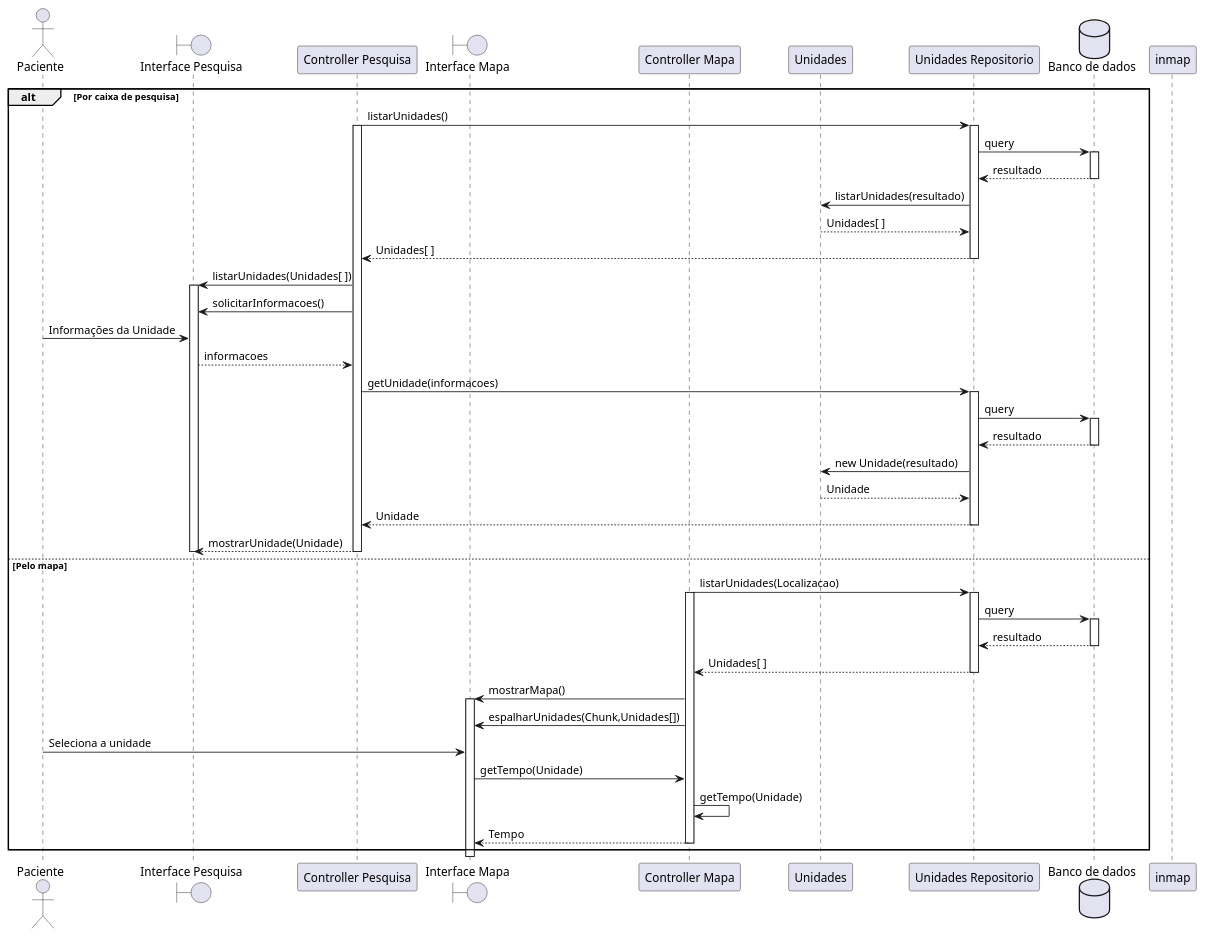
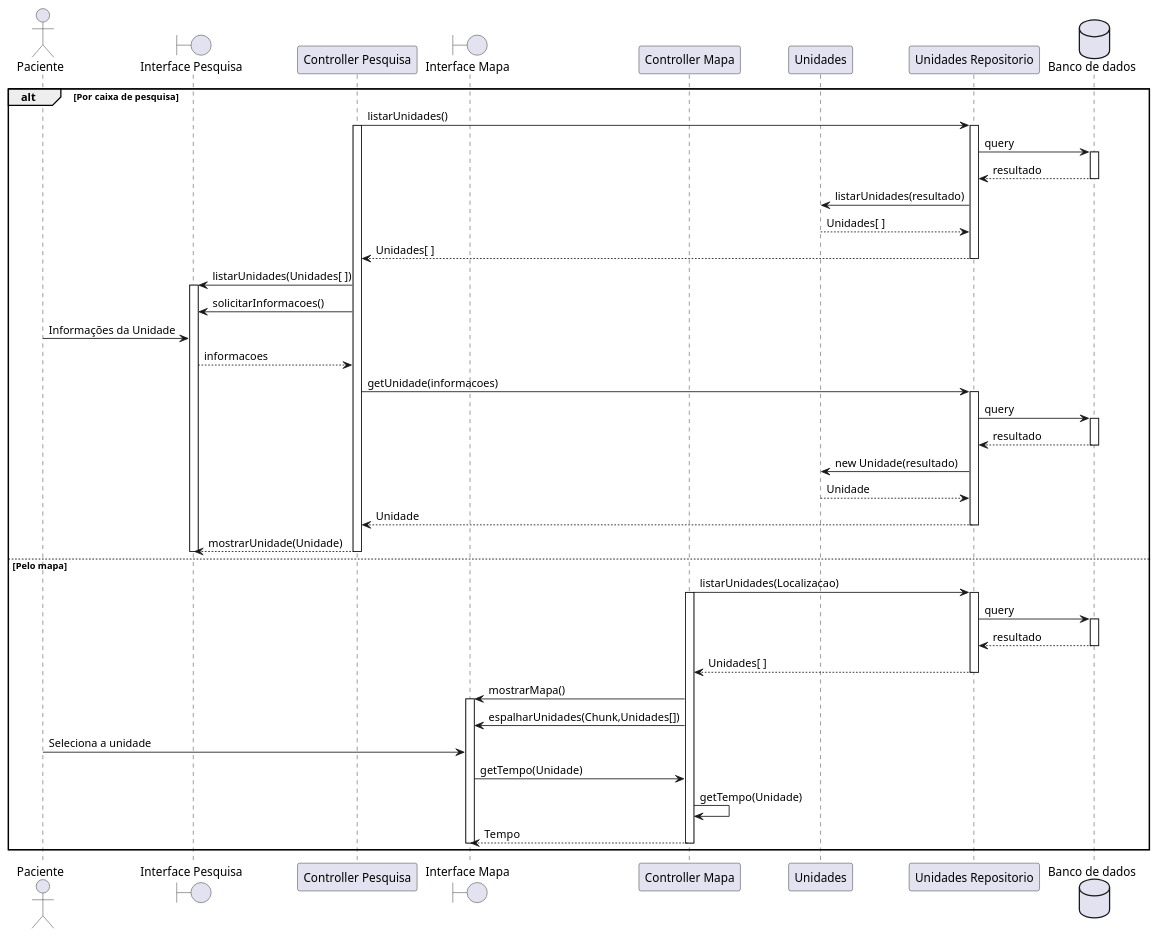
Before and after one commit to PurpleLobster31/Erro404_LabEngSoftw_06N: the second of 5 diagrams in Diagrama_casos_uso.md, drawn with PlantUML. The commit also changed other lines of this file, not shown here.

Commit message:
Inicio do diagrama de classe de dominio

````diff
--- a/Diagrama_casos_uso.md
+++ b/Diagrama_casos_uso.md
@@ -37,68 +37,68 @@
 ```plantuml
 @startuml
 
     actor Paciente as pac
     boundary "Interface Pesquisa" as intpes
     participant "Controller Pesquisa" as contpes
     boundary "Interface Mapa" as intmap
     participant "Controller Mapa" as contmap
     participant Unidades as un
     participant "Unidades Repositorio" as unre
     database "Banco de dados" as bd
     
     alt Por caixa de pesquisa
         contpes -> unre: listarUnidades()
         activate contpes
         activate unre
         unre -> bd: query
         activate bd
         bd --> unre: resultado
         deactivate bd
         unre -> un: listarUnidades(resultado)
         un --> unre: Unidades[ ]
         unre --> contpes: Unidades[ ]
         deactivate unre
         contpes -> intpes: listarUnidades(Unidades[ ])
         activate intpes
         contpes -> intpes: solicitarInformacoes()
         pac -> intpes: Informações da Unidade
         intpes --> contpes: informacoes
         contpes -> unre: getUnidade(informacoes)
         activate unre
         unre -> bd: query
         activate bd
         bd --> unre: resultado
         deactivate bd
         unre -> un: new Unidade(resultado)
         un --> unre: Unidade
         unre --> contpes: Unidade
         deactivate unre
         contpes --> intpes: mostrarUnidade(Unidade)
         deactivate intpes
         deactivate contpes
         
 
     else Pelo mapa
         contmap -> unre: listarUnidades(Localizacao)
         activate contmap
         activate unre
         unre -> bd: query
         activate bd
         bd --> unre: resultado
         deactivate bd
         unre --> contmap: Unidades[ ]
         deactivate unre 
         contmap -> intmap: mostrarMapa()
         activate intmap
         contmap -> intmap: espalharUnidades(Chunk,Unidades[])
         pac -> intmap: Seleciona a unidade
         intmap -> contmap: getTempo(Unidade)
         contmap -> contmap: getTempo(Unidade)
         contmap --> intmap: Tempo
-        deactivate inmap
+        deactivate intmap
         deactivate contmap
 
 
     end
 @enduml
 ```
````
